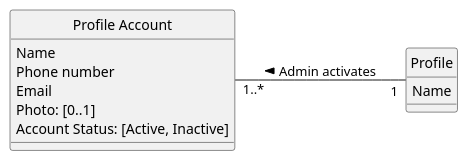
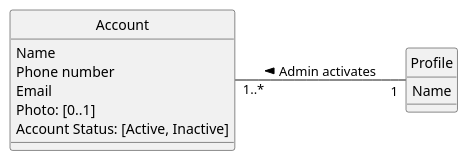
The diagram in docs/modelling_design/user_stories/us006/US006_ActivateUserAccountDMD.puml (ivo-menezes/project_g3), drawn with PlantUML before and after one commit. The commit also changed 4 other files, not shown here.

```diff
--- a/docs/modelling_design/user_stories/us006/US006_ActivateUserAccountDMD.puml
+++ b/docs/modelling_design/user_stories/us006/US006_ActivateUserAccountDMD.puml
@@ -1,20 +1,20 @@
 @startuml
 skinparam style strictuml
 left to right direction
 skinparam groupInheritance 3
 
- class "Profile Account" {
+ class "Account" {
    Name
    Phone number
    Email
    Photo: [0..1]
    'the [0..1] in Photo indicates an optional value, see Craig 2004, p.121
    Account Status: [Active, Inactive]
  }
 
  class Profile {
  Name
  }
 
-"Profile Account" "1..*" -- "1" Profile: Admin activates <
+"Account" "1..*" -- "1" Profile: Admin activates <
 @enduml
```
